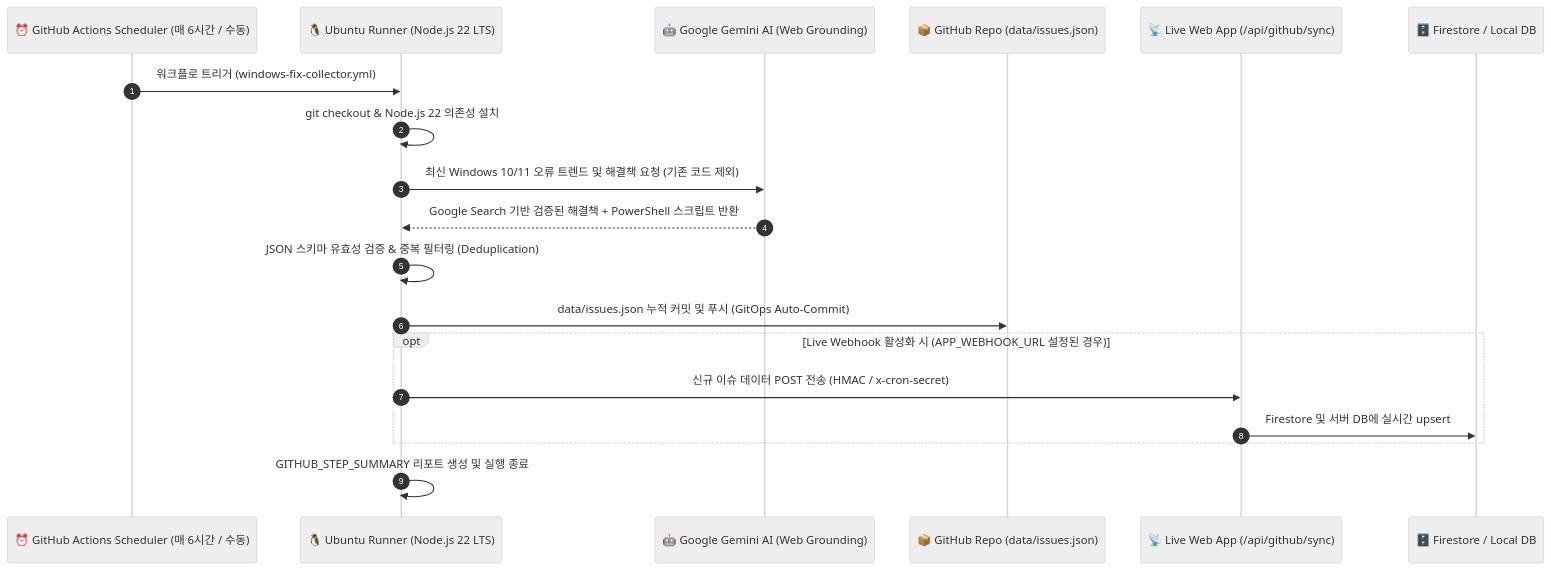
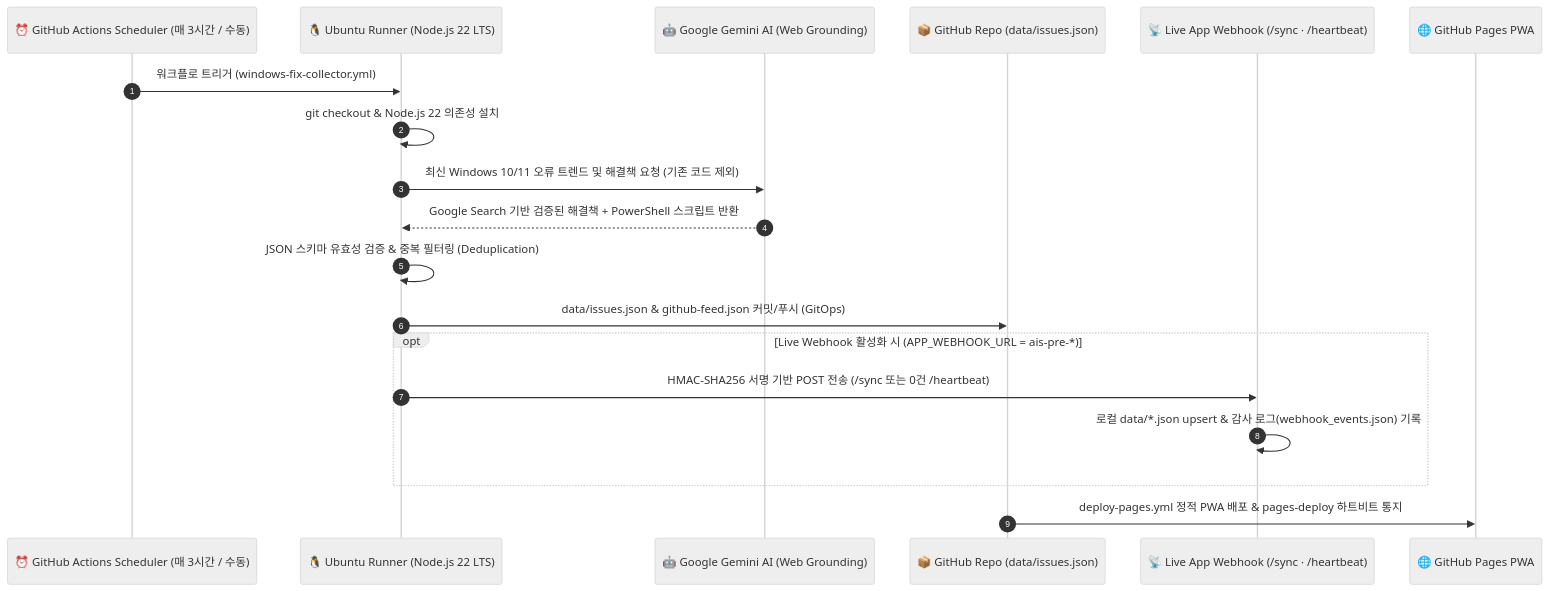
The diagram in docs/GITHUB_ACTIONS_GUIDE.md (ahbiyout-all/windows-fix-wizard), drawn with Mermaid (neutral theme) before and after one commit. The commit also changed other lines of this file and 26 other files, not shown here.

First line of the commit message:
feat: add HMAC-signed webhooks for deployment sync

````diff
--- a/docs/GITHUB_ACTIONS_GUIDE.md
+++ b/docs/GITHUB_ACTIONS_GUIDE.md
@@ -41,22 +41,22 @@
 ```mermaid
 sequenceDiagram
     autonumber
-    participant Cron as ⏰ GitHub Actions Scheduler (매 6시간 / 수동)
+    participant Cron as ⏰ GitHub Actions Scheduler (매 3시간 / 수동)
     participant Runner as 🐧 Ubuntu Runner (Node.js 22 LTS)
     participant Gemini as 🤖 Google Gemini AI (Web Grounding)
     participant Git as 📦 GitHub Repo (data/issues.json)
-    participant Webhook as 📡 Live Web App (/api/github/sync)
-    participant DB as 🗄️ Firestore / Local DB
+    participant Webhook as 📡 Live App Webhook (/sync · /heartbeat)
+    participant Pages as 🌐 GitHub Pages PWA
 
     Cron->>Runner: 워크플로 트리거 (windows-fix-collector.yml)
     Runner->>Runner: git checkout & Node.js 22 의존성 설치
     Runner->>Gemini: 최신 Windows 10/11 오류 트렌드 및 해결책 요청 (기존 코드 제외)
     Gemini-->>Runner: Google Search 기반 검증된 해결책 + PowerShell 스크립트 반환
     Runner->>Runner: JSON 스키마 유효성 검증 & 중복 필터링 (Deduplication)
-    Runner->>Git: data/issues.json 누적 커밋 및 푸시 (GitOps Auto-Commit)
-    opt Live Webhook 활성화 시 (APP_WEBHOOK_URL 설정된 경우)
-        Runner->>Webhook: 신규 이슈 데이터 POST 전송 (HMAC / x-cron-secret)
-        Webhook->>DB: Firestore 및 서버 DB에 실시간 upsert
+    Runner->>Git: data/issues.json & github-feed.json 커밋/푸시 (GitOps)
+    opt Live Webhook 활성화 시 (APP_WEBHOOK_URL = ais-pre-*)
+        Runner->>Webhook: HMAC-SHA256 서명 기반 POST 전송 (/sync 또는 0건 /heartbeat)
+        Webhook->>Webhook: 로컬 data/*.json upsert & 감사 로그(webhook_events.json) 기록
     end
-    Runner->>Runner: GITHUB_STEP_SUMMARY 리포트 생성 및 실행 종료
+    Git->>Pages: deploy-pages.yml 정적 PWA 배포 & pages-deploy 하트비트 통지
 ```
````
